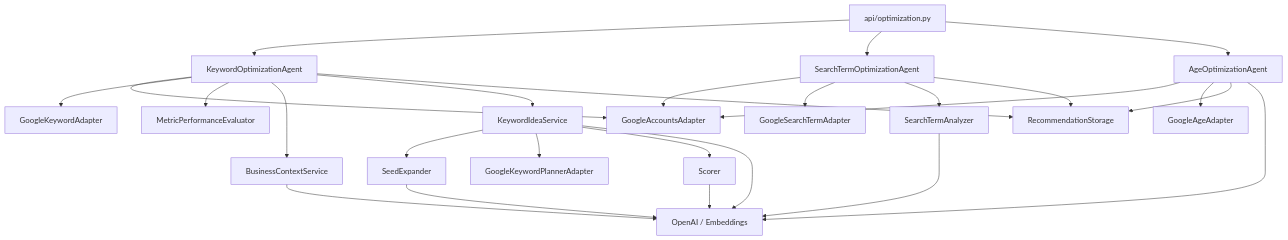
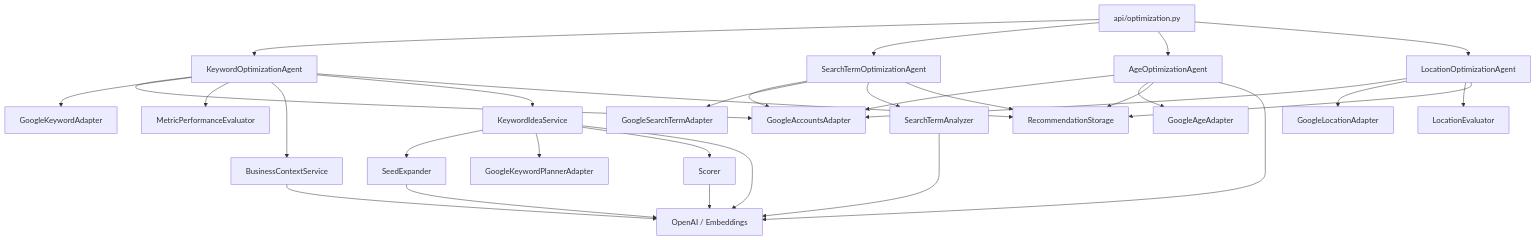
Before and after one commit to modlix-india/Adzump-AI: the fifth of 5 diagrams in agents/optimization/README.md, drawn with Mermaid. The commit also changed other lines of this file, not shown here.

Commit message:
docs: Add location optimization section to README

````diff
--- a/agents/optimization/README.md
+++ b/agents/optimization/README.md
@@ -257,35 +323,41 @@
 ```mermaid
 graph TD
     API[api/optimization.py] --> KW[KeywordOptimizationAgent]
     API --> ST[SearchTermOptimizationAgent]
     API --> AGE[AgeOptimizationAgent]
+    API --> LOC[LocationOptimizationAgent]
 
     KW --> ACC[GoogleAccountsAdapter]
     ST --> ACC
     AGE --> ACC
+    LOC --> ACC
 
     KW --> KWA[GoogleKeywordAdapter]
     KW --> EVL[MetricPerformanceEvaluator]
     KW --> BCS[BusinessContextService]
     KW --> KIS[KeywordIdeaService]
 
     KIS --> SE[SeedExpander]
     KIS --> KP[GoogleKeywordPlannerAdapter]
     KIS --> SCR[Scorer]
 
     ST --> STA[GoogleSearchTermAdapter]
     ST --> ANA[SearchTermAnalyzer]
 
     AGE --> AGA[GoogleAgeAdapter]
 
+    LOC --> LCA[GoogleLocationAdapter]
+    LOC --> LCE[LocationEvaluator]
+
     KW --> STR[RecommendationStorage]
     ST --> STR
     AGE --> STR
+    LOC --> STR
 
     SE --> OAI[OpenAI / Embeddings]
     KIS --> OAI
     SCR --> OAI
     ANA --> OAI
     AGE --> OAI
     BCS --> OAI
 ```
````
